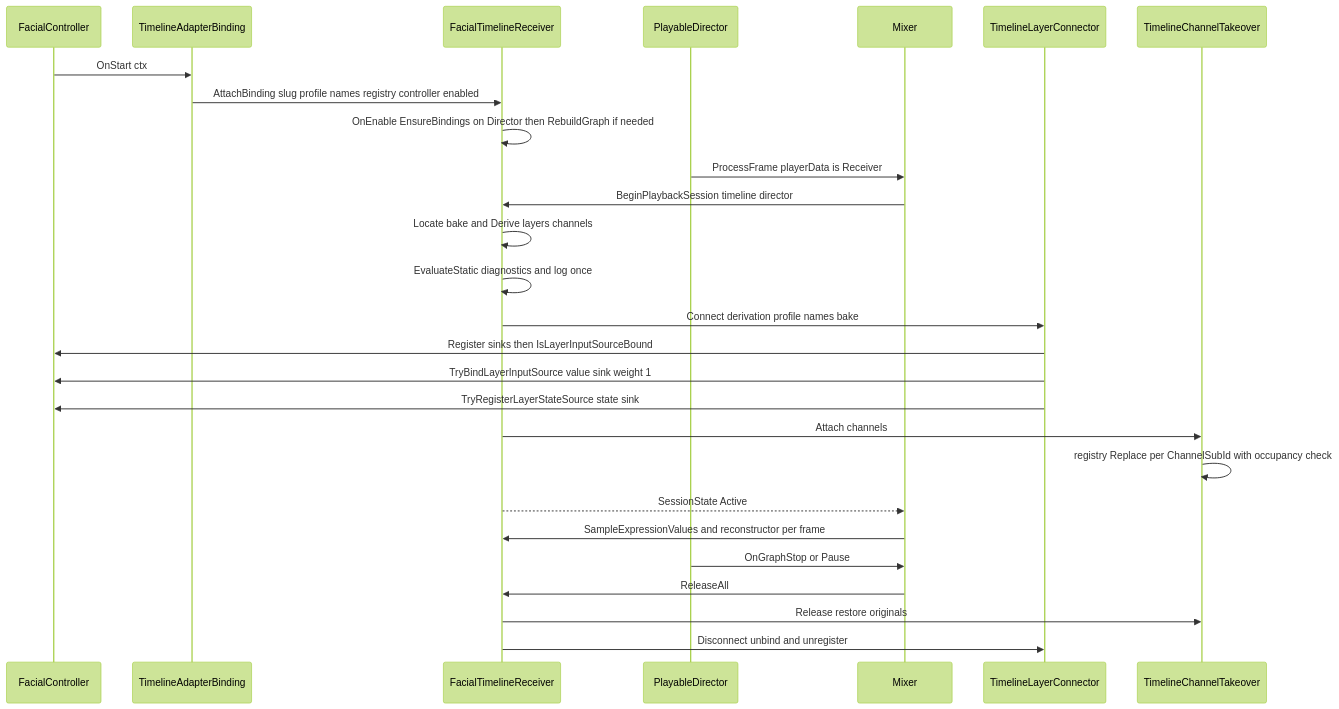
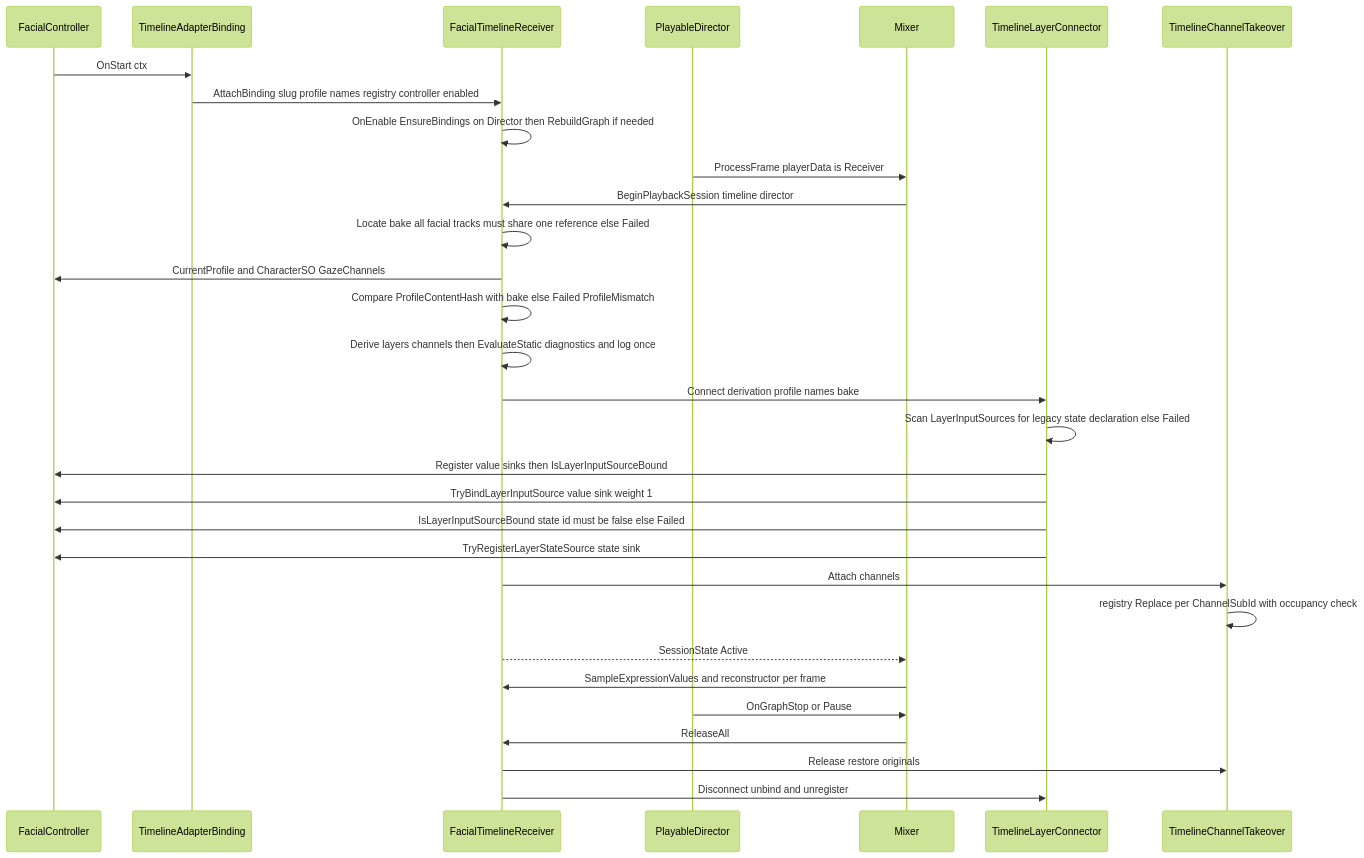
One commit to Hidano-Dev/FacialControl changed the second of 5 diagrams in .kiro/specs/timeline-playback-ux/design.md. Above: the diagram before and after it, drawn with Mermaid (forest theme). The commit also changed other lines of this file and 2 other files, not shown here.

First line of the commit message:
timeline-playback-ux の design を validate-design 1 回目の指摘で改訂 (HID-144)

````diff
--- a/.kiro/specs/timeline-playback-ux/design.md
+++ b/.kiro/specs/timeline-playback-ux/design.md
@@ -282,30 +297,34 @@
 ```mermaid
 sequenceDiagram
     participant FC as FacialController
     participant B as TimelineAdapterBinding
     participant R as FacialTimelineReceiver
     participant D as PlayableDirector
     participant M as Mixer
     participant C as TimelineLayerConnector
     participant T as TimelineChannelTakeover
 
     FC->>B: OnStart ctx
     B->>R: AttachBinding slug profile names registry controller enabled
     R->>R: OnEnable EnsureBindings on Director then RebuildGraph if needed
     D->>M: ProcessFrame playerData is Receiver
     M->>R: BeginPlaybackSession timeline director
-    R->>R: Locate bake and Derive layers channels
-    R->>R: EvaluateStatic diagnostics and log once
+    R->>R: Locate bake all facial tracks must share one reference else Failed
+    R->>FC: CurrentProfile and CharacterSO GazeChannels
+    R->>R: Compare ProfileContentHash with bake else Failed ProfileMismatch
+    R->>R: Derive layers channels then EvaluateStatic diagnostics and log once
     R->>C: Connect derivation profile names bake
-    C->>FC: Register sinks then IsLayerInputSourceBound
+    C->>C: Scan LayerInputSources for legacy state declaration else Failed
+    C->>FC: Register value sinks then IsLayerInputSourceBound
     C->>FC: TryBindLayerInputSource value sink weight 1
+    C->>FC: IsLayerInputSourceBound state id must be false else Failed
     C->>FC: TryRegisterLayerStateSource state sink
     R->>T: Attach channels
     T->>T: registry Replace per ChannelSubId with occupancy check
     R-->>M: SessionState Active
     M->>R: SampleExpressionValues and reconstructor per frame
     D->>M: OnGraphStop or Pause
     M->>R: ReleaseAll
     R->>T: Release restore originals
     R->>C: Disconnect unbind and unregister
 ```
````
